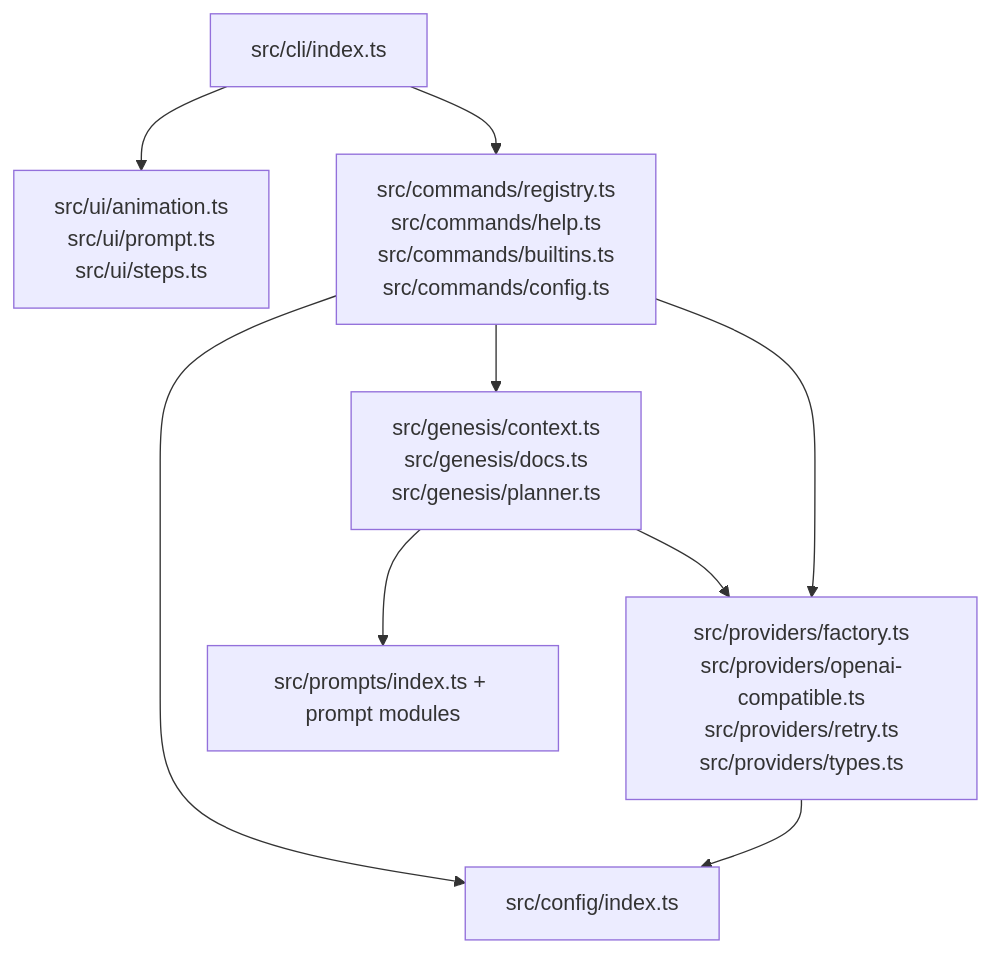
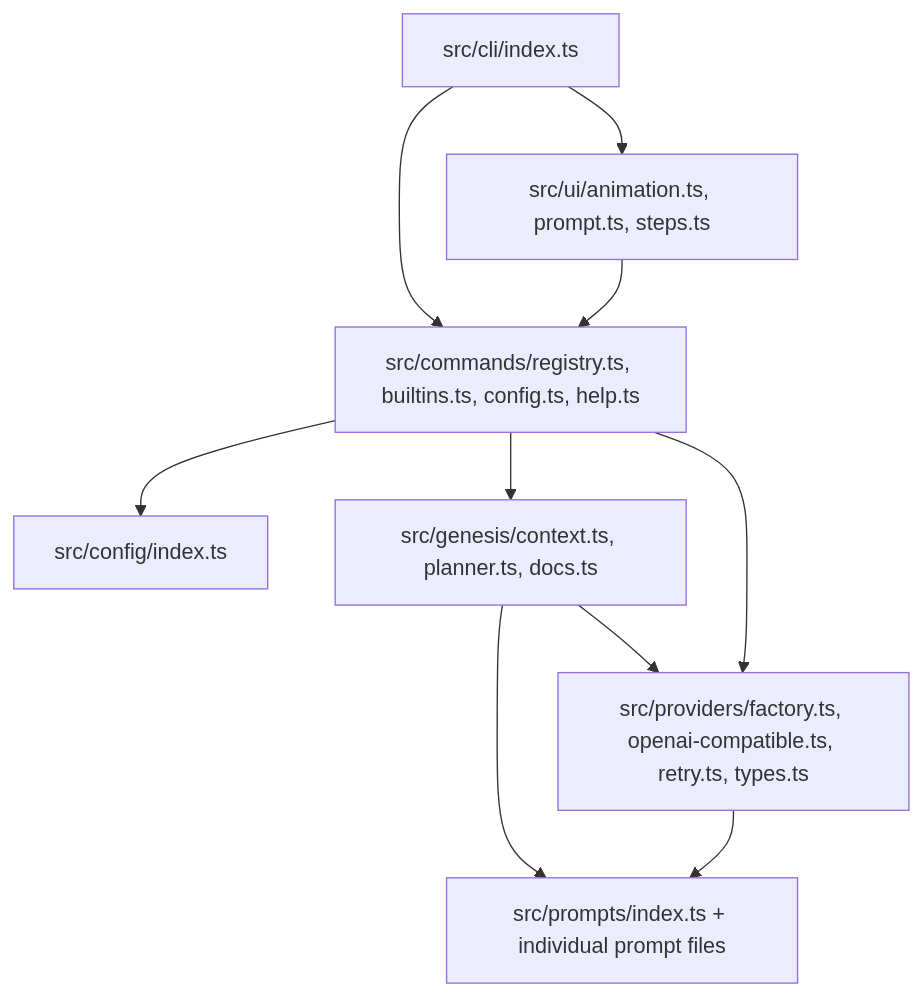
One commit to Aether-One/aether changed the first of 3 diagrams in .aether/docs/diagrams/system.md. Above: the diagram before and after it, drawn with Mermaid. The commit also changed other lines of this file and 25 other files, not shown here.

````diff
--- a/.aether/docs/diagrams/system.md
+++ b/.aether/docs/diagrams/system.md
@@ -7,19 +7,20 @@
 ```mermaid
 graph TD
-    cli["src/cli/index.ts"]
-    ui["src/ui/animation.ts<br/>src/ui/prompt.ts<br/>src/ui/steps.ts"]
-    commands["src/commands/registry.ts<br/>src/commands/help.ts<br/>src/commands/builtins.ts<br/>src/commands/config.ts"]
-    config["src/config/index.ts"]
-    genesis["src/genesis/context.ts<br/>src/genesis/docs.ts<br/>src/genesis/planner.ts"]
-    prompts["src/prompts/index.ts + prompt modules"]
-    providers["src/providers/factory.ts<br/>src/providers/openai-compatible.ts<br/>src/providers/retry.ts<br/>src/providers/types.ts"]
+  cli["src/cli/index.ts"]
+  commands["src/commands/registry.ts, builtins.ts, config.ts, help.ts"]
+  config["src/config/index.ts"]
+  genesis["src/genesis/context.ts, planner.ts, docs.ts"]
+  providers["src/providers/factory.ts, openai-compatible.ts, retry.ts, types.ts"]
+  prompts["src/prompts/index.ts + individual prompt files"]
+  ui["src/ui/animation.ts, prompt.ts, steps.ts"]
 
-    cli --> ui
-    cli --> commands
-    commands --> config
-    commands --> genesis
-    commands --> providers
-    genesis --> prompts
-    genesis --> providers
-    providers --> config
+  cli --> commands
+  cli --> ui
+  commands --> config
+  commands --> genesis
+  commands --> providers
+  genesis --> prompts
+  genesis --> providers
+  providers --> prompts
+  ui --> commands
 ```
````
